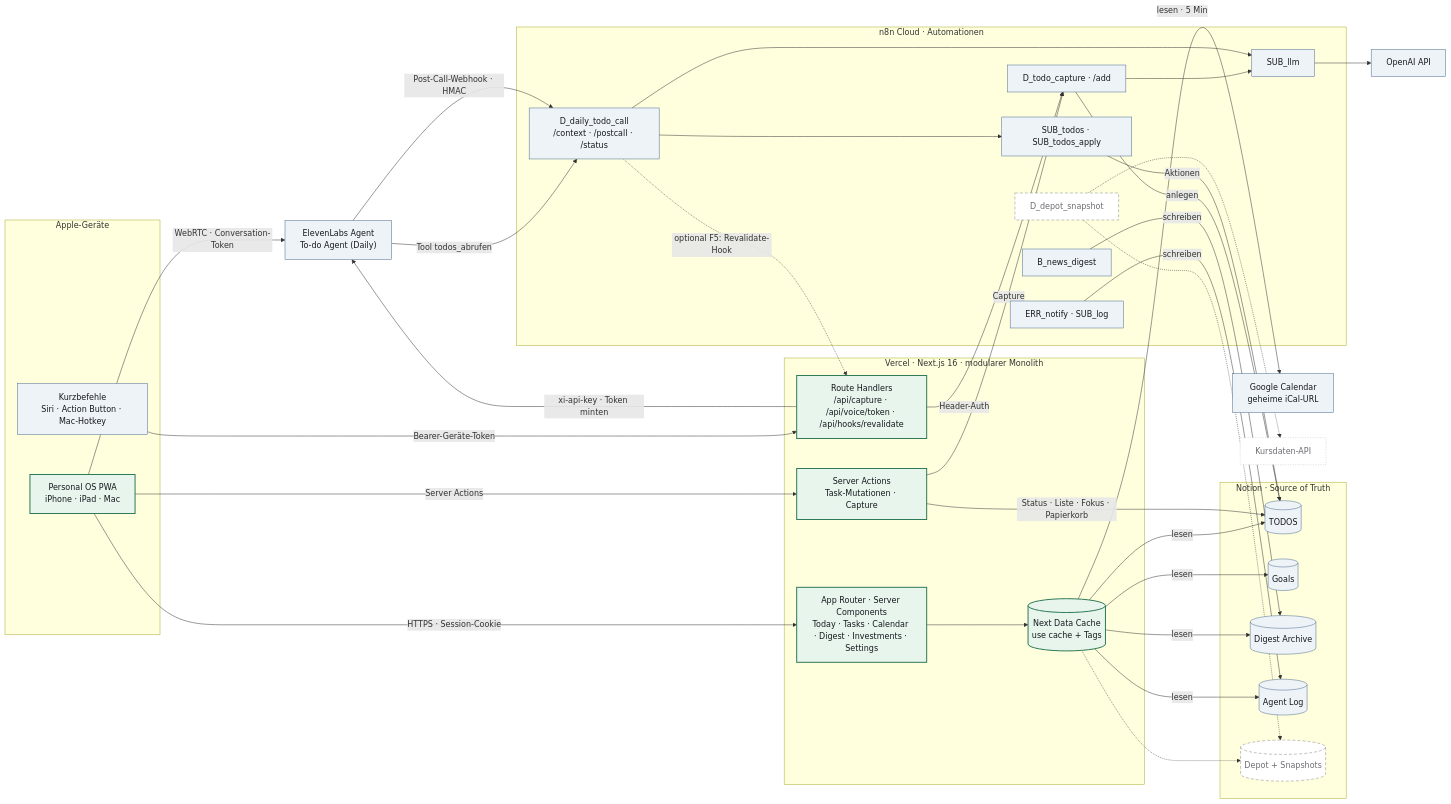
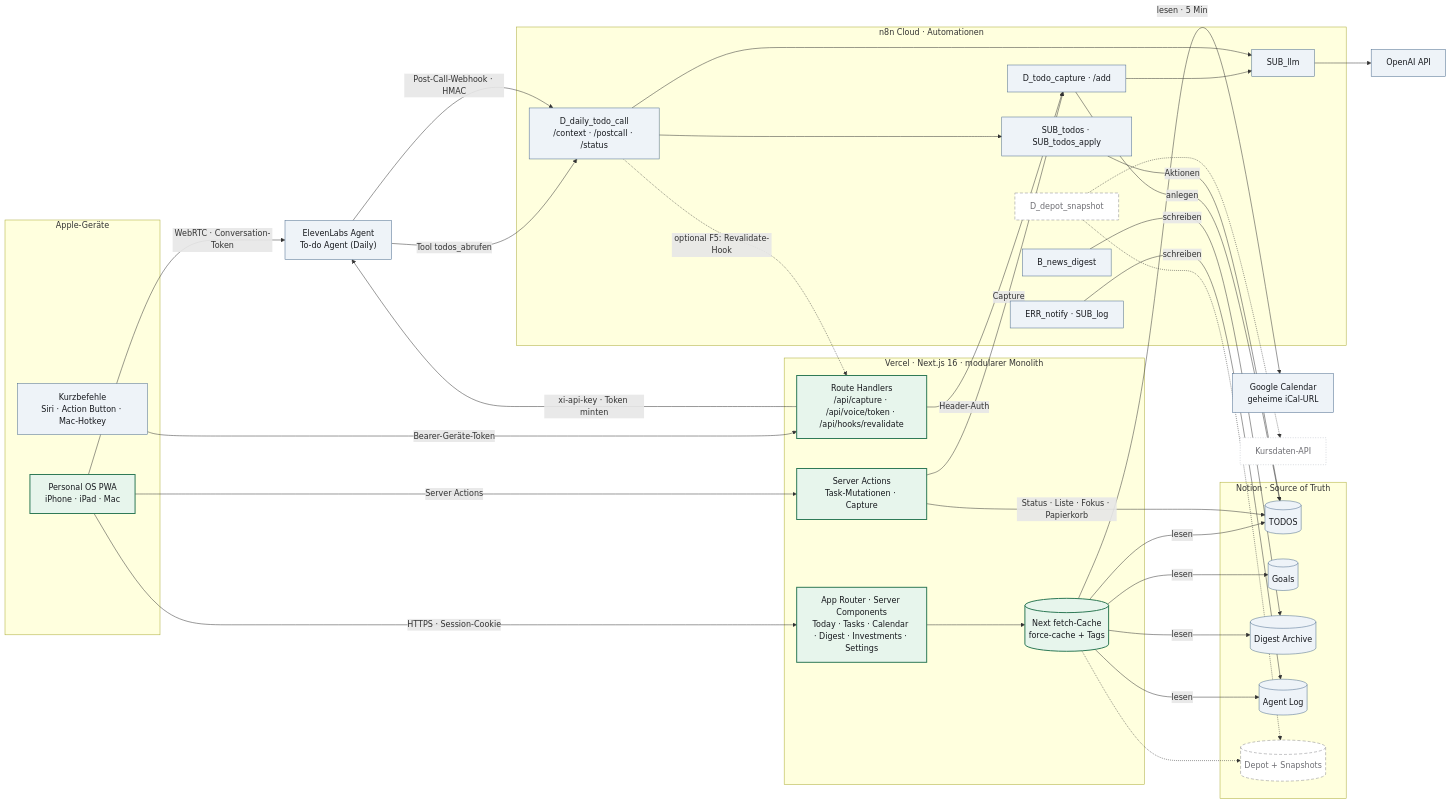
The first of 2 diagrams in docs/architecture/personal-os-blueprint.md (dittmanndanielai/first-project-), drawn with Mermaid before and after one commit. The commit also changed other lines of this file and 83 other files, not shown here.

````diff
--- a/docs/architecture/personal-os-blueprint.md
+++ b/docs/architecture/personal-os-blueprint.md
@@ -47,71 +71,71 @@
 ```mermaid
 flowchart LR
   subgraph Apple["Apple-Geräte"]
     PWA["Personal OS PWA<br/>iPhone · iPad · Mac"]:::new
     SC["Kurzbefehle<br/>Siri · Action Button · Mac-Hotkey"]:::existing
   end
 
   subgraph Vercel["Vercel · Next.js 16 · modularer Monolith"]
     UI["App Router · Server Components<br/>Today · Tasks · Calendar · Digest · Investments · Settings"]:::new
     SA["Server Actions<br/>Task-Mutationen · Capture"]:::new
     API["Route Handlers<br/>/api/capture · /api/voice/token · /api/hooks/revalidate"]:::new
-    CACHE[("Next Data Cache<br/>use cache + Tags")]:::new
+    CACHE[("Next fetch-Cache<br/>force-cache + Tags")]:::new
   end
 
   subgraph Notion["Notion · Source of Truth"]
     TODOS[("TODOS")]:::existing
     GOALS[("Goals")]:::existing
     DIG[("Digest Archive")]:::existing
     LOG[("Agent Log")]:::existing
     DEPOT[("Depot + Snapshots")]:::planned
   end
 
   subgraph N8N["n8n Cloud · Automationen"]
     CAP["D_todo_capture · /add"]:::existing
     DAILY["D_daily_todo_call<br/>/context · /postcall · /status"]:::existing
     LLM["SUB_llm"]:::existing
     APPLY["SUB_todos · SUB_todos_apply"]:::existing
     NEWS["B_news_digest"]:::existing
     ERR["ERR_notify · SUB_log"]:::existing
     SNAP["D_depot_snapshot"]:::planned
   end
 
   EL["ElevenLabs Agent<br/>To-do Agent (Daily)"]:::existing
   GCAL["Google Calendar<br/>geheime iCal-URL"]:::existing
   OAI["OpenAI API"]:::existing
   QUOTES["Kursdaten-API"]:::optional
 
   PWA -- "HTTPS · Session-Cookie" --> UI
   PWA -- "Server Actions" --> SA
   PWA -- "WebRTC · Conversation-Token" --> EL
   SC -- "Bearer-Geräte-Token" --> API
   UI --> CACHE
   CACHE -- "lesen" --> TODOS
   CACHE -- "lesen" --> GOALS
   CACHE -- "lesen" --> DIG
   CACHE -- "lesen" --> LOG
   CACHE -- "lesen · 5 Min" --> GCAL
   SA -- "Status · Liste · Fokus · Papierkorb" --> TODOS
   SA -- "Capture" --> CAP
   API -- "Header-Auth" --> CAP
   API -- "xi-api-key · Token minten" --> EL
   CAP --> LLM
   LLM --> OAI
   CAP -- "anlegen" --> TODOS
   EL -- "Tool todos_abrufen" --> DAILY
   EL -- "Post-Call-Webhook · HMAC" --> DAILY
   DAILY --> APPLY
   DAILY --> LLM
   APPLY -- "Aktionen" --> TODOS
   NEWS -- "schreiben" --> DIG
   ERR -- "schreiben" --> LOG
   SNAP -.-> QUOTES
   SNAP -.-> DEPOT
   CACHE -.-> DEPOT
   DAILY -. "optional F5: Revalidate-Hook" .-> API
 
   classDef existing fill:#eef3f8,stroke:#4a6a8c,color:#17191e;
   classDef new fill:#e7f5ec,stroke:#2f7a57,stroke-width:2px,color:#17191e;
   classDef planned fill:#ffffff,stroke:#86868b,stroke-dasharray:6 4,color:#6e6e73;
   classDef optional fill:#ffffff,stroke:#b4b9c3,stroke-dasharray:2 3,color:#6e6e73;
 ```
````
